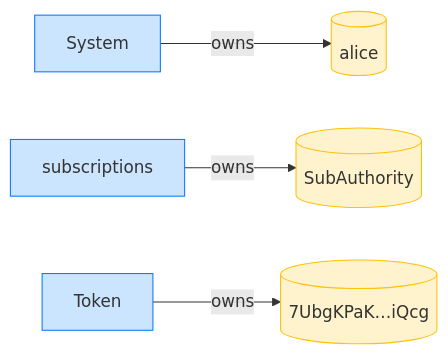
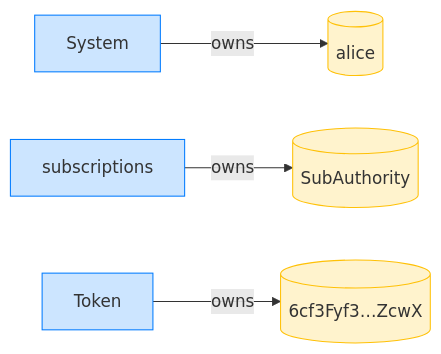
One commit to cds-rs/subscriptions changed the fourth of 16 diagrams in dsl_tests/resume-rejects-a-non-subscriber.md. Above: the diagram before and after it, drawn with Mermaid. The commit also changed other lines of this file and 224 other files, not shown here.

````diff
--- a/dsl_tests/resume-rejects-a-non-subscriber.md
+++ b/dsl_tests/resume-rejects-a-non-subscriber.md
@@ -73,14 +78,14 @@
 ```mermaid
 flowchart LR
     classDef owner fill:#cce5ff,stroke:#007bff;
     classDef account fill:#fff3cd,stroke:#ffc107;
     System[System]:::owner
     alice[(alice)]:::account
     subscriptions[subscriptions]:::owner
     SubAuthority[(SubAuthority)]:::account
     Token[Token]:::owner
-    7UbgKPaK_iQcg[("7UbgKPaK…iQcg")]:::account
+    6cf3Fyf3_ZcwX[("6cf3Fyf3…ZcwX")]:::account
     System -->|owns| alice
     subscriptions -->|owns| SubAuthority
-    Token -->|owns| 7UbgKPaK_iQcg
+    Token -->|owns| 6cf3Fyf3_ZcwX
 ```
````
